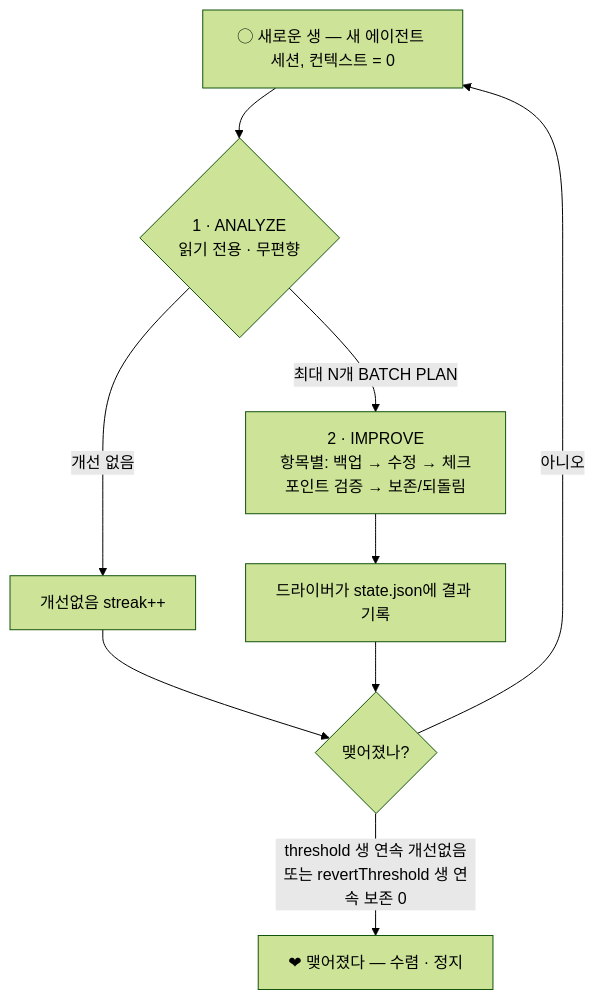
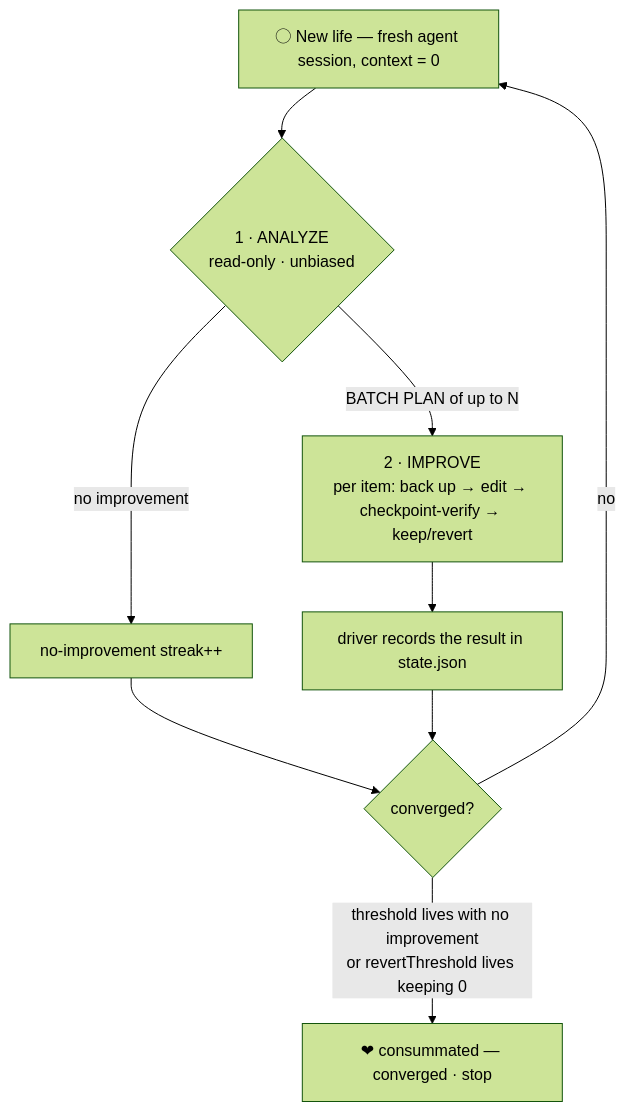
One commit to owjs3901/retry-now changed the diagram in README.md. Above: the diagram before and after it, drawn with Mermaid (forest theme). The commit also changed other lines of this file and 2 other files, not shown here.

````diff
--- a/README.md
+++ b/README.md
@@ -52,11 +57,11 @@
 ```mermaid
 flowchart TD
-    A["◯ 새로운 생 — 새 에이전트 세션, 컨텍스트 = 0"] --> B{"1 · ANALYZE<br/>읽기 전용 · 무편향"}
-    B -->|"개선 없음"| C["개선없음 streak++"]
-    B -->|"최대 N개 BATCH PLAN"| D["2 · IMPROVE<br/>항목별: 백업 → 수정 → 체크포인트 검증 → 보존/되돌림"]
-    D --> E["드라이버가 state.json에 결과 기록"]
-    C --> F{"맺어졌나?"}
+    A["◯ New life — fresh agent session, context = 0"] --> B{"1 · ANALYZE<br/>read-only · unbiased"}
+    B -->|"no improvement"| C["no-improvement streak++"]
+    B -->|"BATCH PLAN of up to N"| D["2 · IMPROVE<br/>per item: back up → edit → checkpoint-verify → keep/revert"]
+    D --> E["driver records the result in state.json"]
+    C --> F{"converged?"}
     E --> F
-    F -->|"아니오"| A
-    F -->|"threshold 생 연속 개선없음<br/>또는 revertThreshold 생 연속 보존 0"| G["❤ 맺어졌다 — 수렴 · 정지"]
+    F -->|"no"| A
+    F -->|"threshold lives with no improvement<br/>or revertThreshold lives keeping 0"| G["❤ consummated — converged · stop"]
 ```
````
